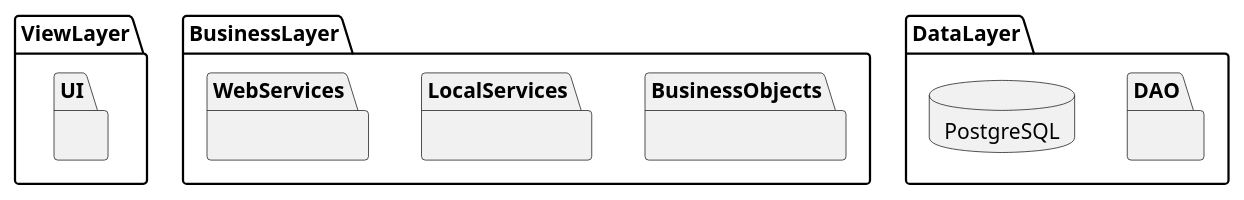
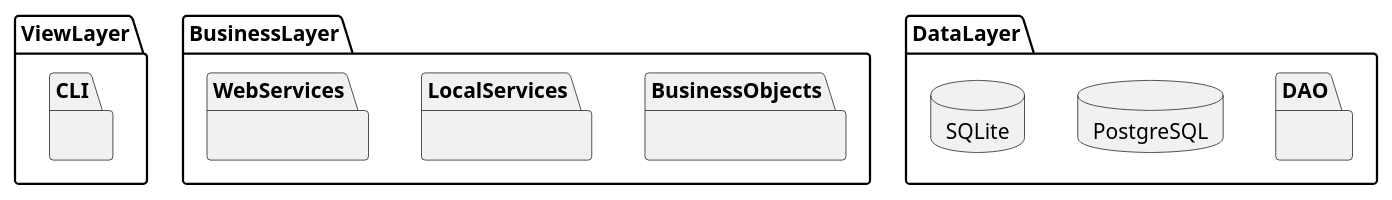
One commit to itsame-mcl/PSyCoQuAC changed the diagram in uml/uml_packages.puml. Above: the diagram before and after it, drawn with PlantUML. The commit also changed 1 other file, not shown here.

Commit message:
Ajustements UML

```diff
--- a/uml/uml_packages.puml
+++ b/uml/uml_packages.puml
@@ -1,22 +1,24 @@
-@startuml "packages"
+@startuml "uml_packages"
 skinparam componentStyle rectangle
 
 folder ViewLayer {
-    package UI {
+    package CLI {
     }
 }
 folder BusinessLayer {
     package BusinessObjects {
     }
     package LocalServices {
     }
     package WebServices {
     }
 }
 folder DataLayer {
     package DAO {
     }
     database PostgreSQL {
     }
+    database SQLite {
+    }
 }
 @enduml
```
